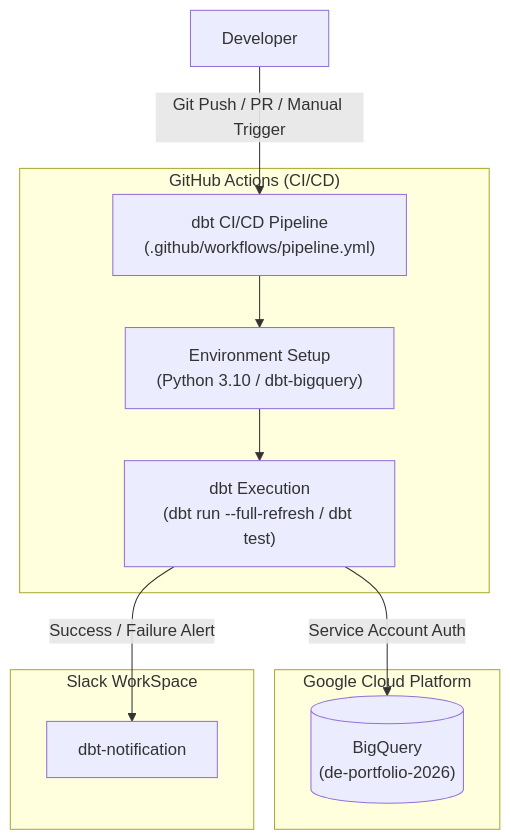
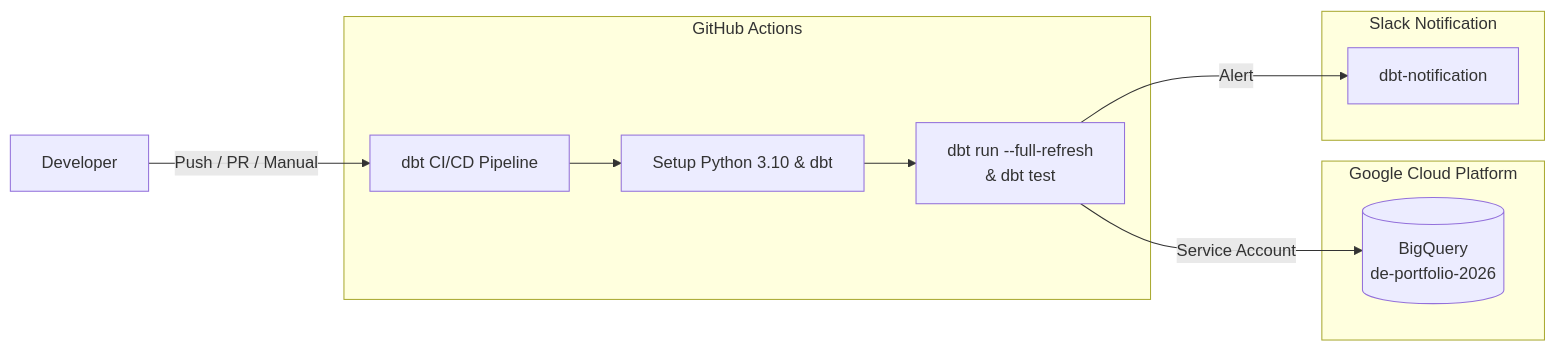
The diagram in README.md (ornonot/data-pipeline-portfolio), drawn with Mermaid before and after one commit.

Commit message:
Update README.md
diagram changes with gemini support

````diff
--- a/README.md
+++ b/README.md
@@ -8,22 +8,22 @@
 ```mermaid
-flowchart TD
+flowchart LR
     subgraph GCP["Google Cloud Platform"]
-        BQ[("BigQuery<br>(de-portfolio-2026)")]
+        BQ[("BigQuery<br>de-portfolio-2026")]
     end
 
-    subgraph CI_CD["GitHub Actions (CI/CD)"]
-        GA["dbt CI/CD Pipeline<br>(.github/workflows/pipeline.yml)"]
-        ENV["Environment Setup<br>(Python 3.10 / dbt-bigquery)"]
-        RUN["dbt Execution<br>(dbt run --full-refresh / dbt test)"]
+    subgraph CI_CD["GitHub Actions"]
+        GA["dbt CI/CD Pipeline"]
+        ENV["Setup Python 3.10 & dbt"]
+        RUN["dbt run --full-refresh <br>& dbt test"]
     end
 
-    subgraph Notification["Slack WorkSpace"]
+    subgraph Slack["Slack Notification"]
         SLACK["dbt-notification"]
     end
 
-    Developer["Developer"] -->|"Git Push / PR / Manual Trigger"| GA
+    Dev["Developer"] -->|"Push / PR / Manual"| GA
     GA --> ENV
     ENV --> RUN
-    RUN -->|"Service Account Auth"| BQ
-    RUN -->|"Success / Failure Alert"| SLACK
+    RUN -->|"Service Account"| BQ
+    RUN -->|"Alert"| SLACK
 ```
````
